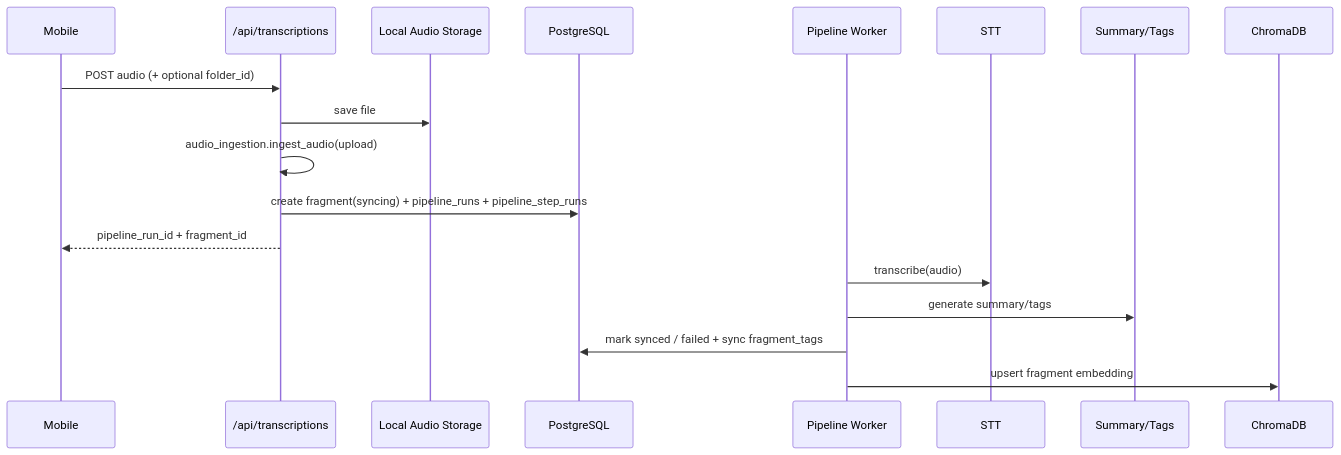
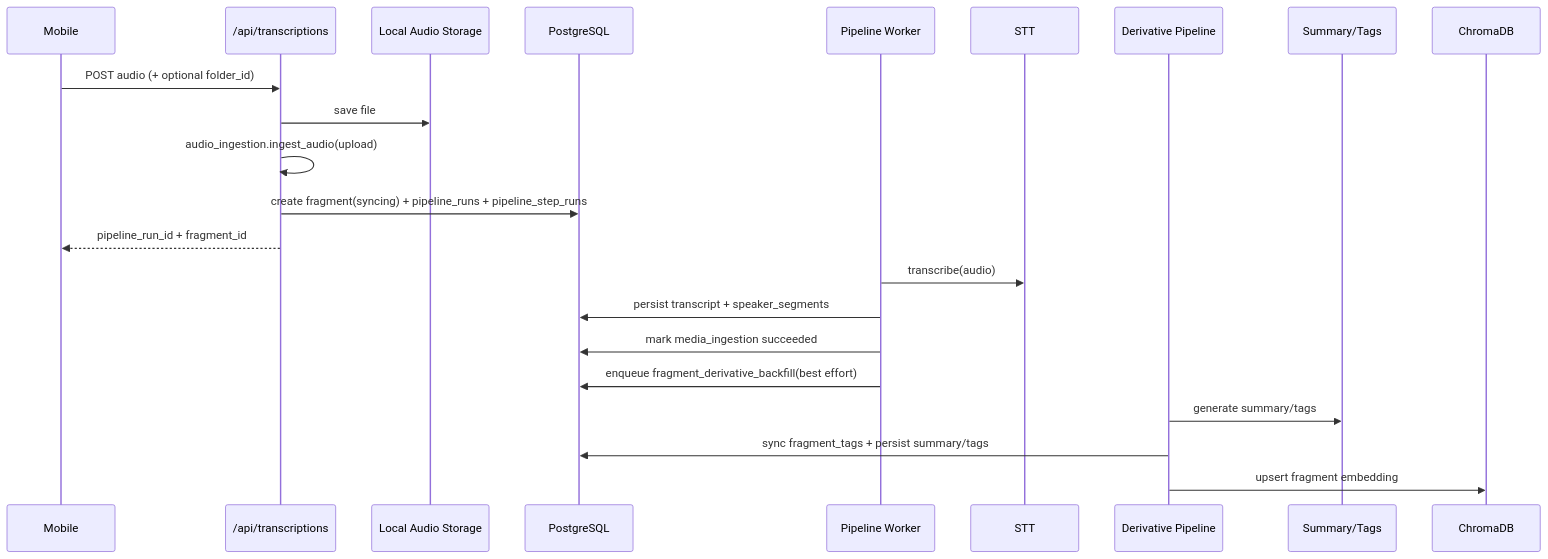
Before and after one commit to YCZA2/SparkFlow: the fourth of 9 diagrams in memory-bank/architecture.md, drawn with Mermaid. The commit also changed other lines of this file and 11 other files, not shown here.

Commit message:
Implement transcript-first media ingestion

````diff
--- a/memory-bank/architecture.md
+++ b/memory-bank/architecture.md
@@ -328,21 +330,25 @@
 ```mermaid
 sequenceDiagram
     participant App as Mobile
     participant API as /api/transcriptions
     participant FS as Local Audio Storage
     participant DB as PostgreSQL
     participant PIPE as Pipeline Worker
     participant STT as STT
+    participant DERIV as Derivative Pipeline
     participant LLM as Summary/Tags
     participant VDB as ChromaDB
 
     App->>API: POST audio (+ optional folder_id)
     API->>FS: save file
     API->>API: audio_ingestion.ingest_audio(upload)
     API->>DB: create fragment(syncing) + pipeline_runs + pipeline_step_runs
     API-->>App: pipeline_run_id + fragment_id
     PIPE->>STT: transcribe(audio)
-    PIPE->>LLM: generate summary/tags
-    PIPE->>DB: mark synced / failed + sync fragment_tags
-    PIPE->>VDB: upsert fragment embedding
+    PIPE->>DB: persist transcript + speaker_segments
+    PIPE->>DB: mark media_ingestion succeeded
+    PIPE->>DB: enqueue fragment_derivative_backfill(best effort)
+    DERIV->>LLM: generate summary/tags
+    DERIV->>DB: sync fragment_tags + persist summary/tags
+    DERIV->>VDB: upsert fragment embedding
 ```
````
